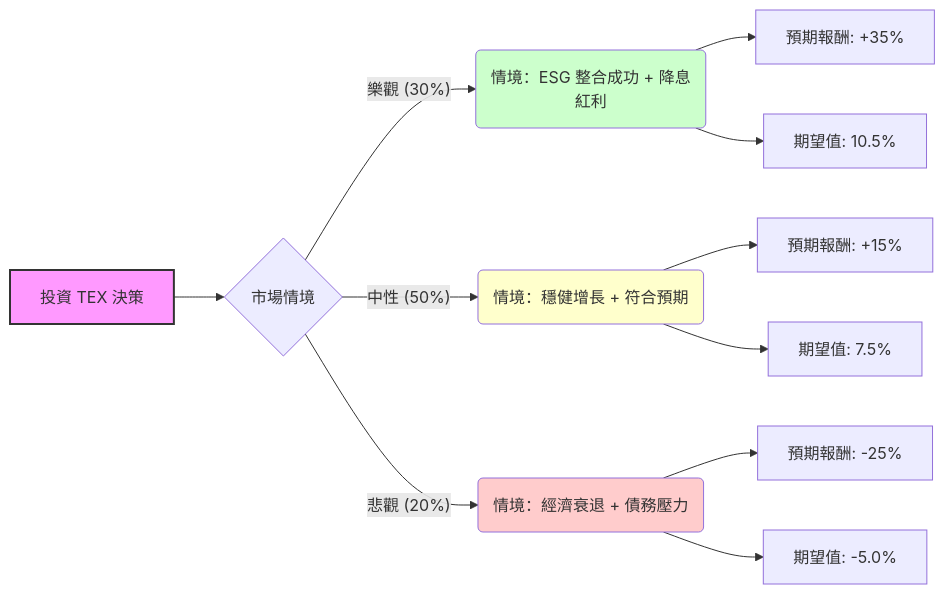
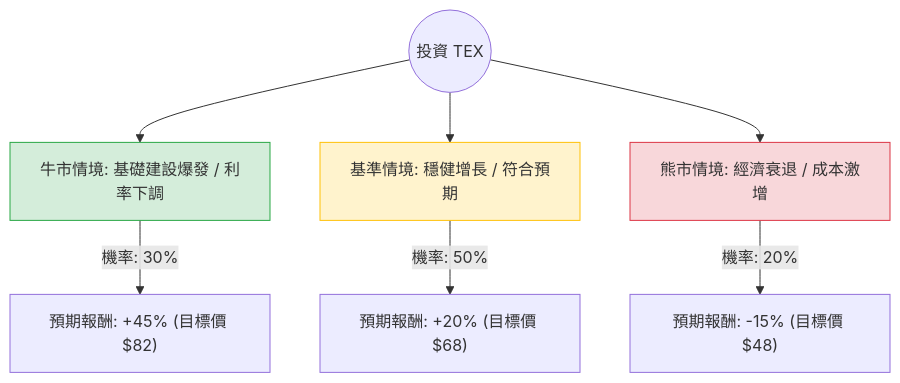
Before and after one commit to zmcx16/zmcx16.github.io: the diagram in plugin-react/ai-analysis/ev-analysis/TEX.md, drawn with Mermaid. The commit also changed other lines of this file and 75 other files, not shown here.

````diff
--- a/plugin-react/ai-analysis/ev-analysis/TEX.md
+++ b/plugin-react/ai-analysis/ev-analysis/TEX.md
@@ -21,21 +16,14 @@
 ```mermaid
-graph LR
-    A[投資 TEX 決策] --> B{市場情境}
-    
-    B -- 樂觀 (30%) --> C(情境：ESG 整合成功 + 降息紅利)
-    C --> C1[預期報酬: +35%]
-    C --> C2[期望值: 10.5%]
+graph TD
+    Start((投資 TEX)) --> Bull[牛市情境: 基礎建設爆發 / 利率下調]
+    Start --> Base[基準情境: 穩健增長 / 符合預期]
+    Start --> Bear[熊市情境: 經濟衰退 / 成本激增]
 
-    B -- 中性 (50%) --> D(情境：穩健增長 + 符合預期)
-    D --> D1[預期報酬: +15%]
-    D --> D2[期望值: 7.5%]
+    Bull -- "機率: 30%" --> BullVal["預期報酬: +45% (目標價 $82)"]
+    Base -- "機率: 50%" --> BaseVal["預期報酬: +20% (目標價 $68)"]
+    Bear -- "機率: 20%" --> BearVal["預期報酬: -15% (目標價 $48)"]
 
-    B -- 悲觀 (20%) --> E(情境：經濟衰退 + 債務壓力)
-    E --> E1[預期報酬: -25%]
-    E --> E2[期望值: -5.0%]
-
-    style A fill:#f9f,stroke:#333,stroke-width:2px
-    style C fill:#ccffcc
-    style D fill:#ffffcc
-    style E fill:#ffcccc
+    style Bull fill:#d4edda,stroke:#28a745
+    style Base fill:#fff3cd,stroke:#ffc107
+    style Bear fill:#f8d7da,stroke:#dc3545
 ```
````
